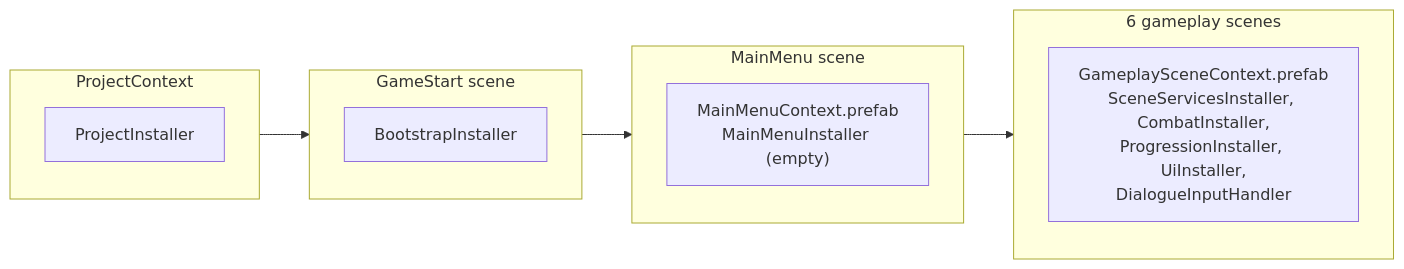
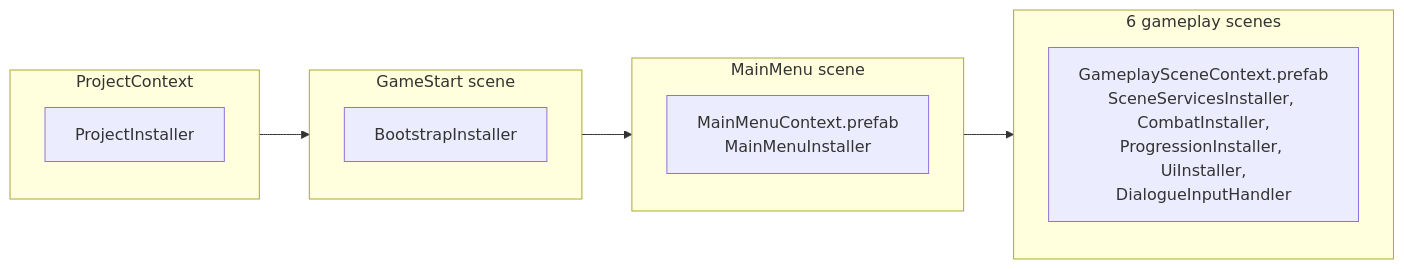
The diagram in Docs/adr/0001-zenject-composition-root.md (ruslanguba/DreamVille), drawn with Mermaid before and after one commit. The commit also changed other lines of this file and 5 other files, not shown here.

````diff
--- a/Docs/adr/0001-zenject-composition-root.md
+++ b/Docs/adr/0001-zenject-composition-root.md
@@ -27,16 +27,16 @@
 ```mermaid
 flowchart LR
     subgraph Project["ProjectContext"]
         PI[ProjectInstaller]
     end
     subgraph Boot["GameStart scene"]
         BI[BootstrapInstaller]
     end
     subgraph Menu["MainMenu scene"]
-        MMC["MainMenuContext.prefab<br/>MainMenuInstaller (empty)"]
+        MMC["MainMenuContext.prefab<br/>MainMenuInstaller"]
     end
     subgraph Gameplay["6 gameplay scenes"]
         GSC["GameplaySceneContext.prefab<br/>SceneServicesInstaller, CombatInstaller,<br/>ProgressionInstaller, UiInstaller,<br/>DialogueInputHandler"]
     end
     Project --> Boot --> Menu --> Gameplay
 ```
````
